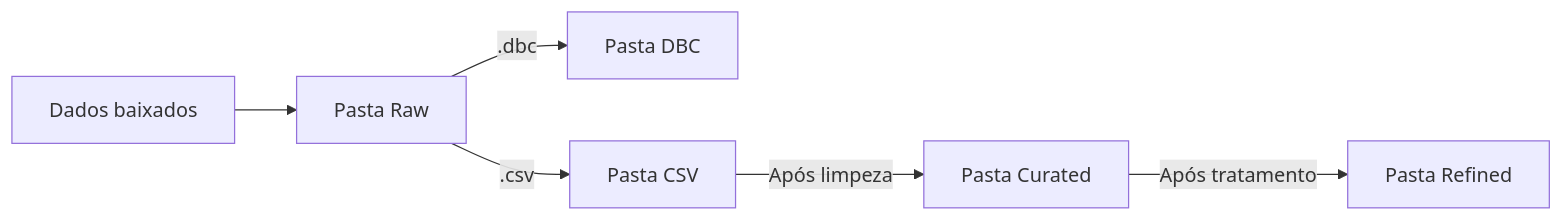
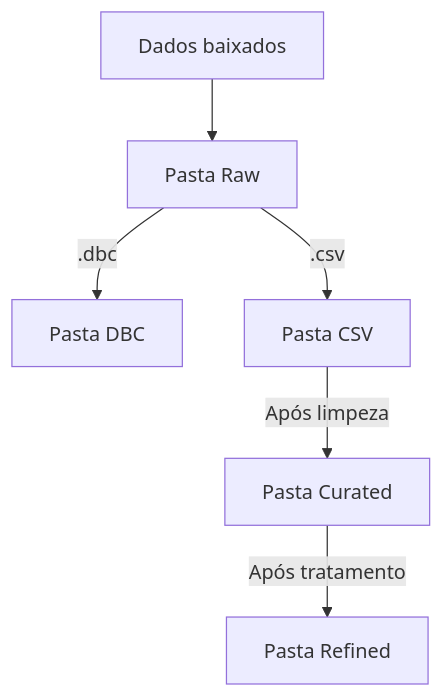
The diagram in IBTIsus/README.md (IBTI-DF/SIGFAPDF), drawn with Mermaid before and after one commit.

````diff
--- a/IBTIsus/README.md
+++ b/IBTIsus/README.md
@@ -9,9 +9,9 @@
 ```mermaid
-graph LR
+graph TB
 A[Dados baixados] --> B[Pasta Raw]
 B -- .dbc --> C[Pasta DBC]
 B -- .csv --> D[Pasta CSV]
 D -- Após limpeza --> E[Pasta Curated]
 E -- Após tratamento --> F[Pasta Refined]
 
 ```
````
